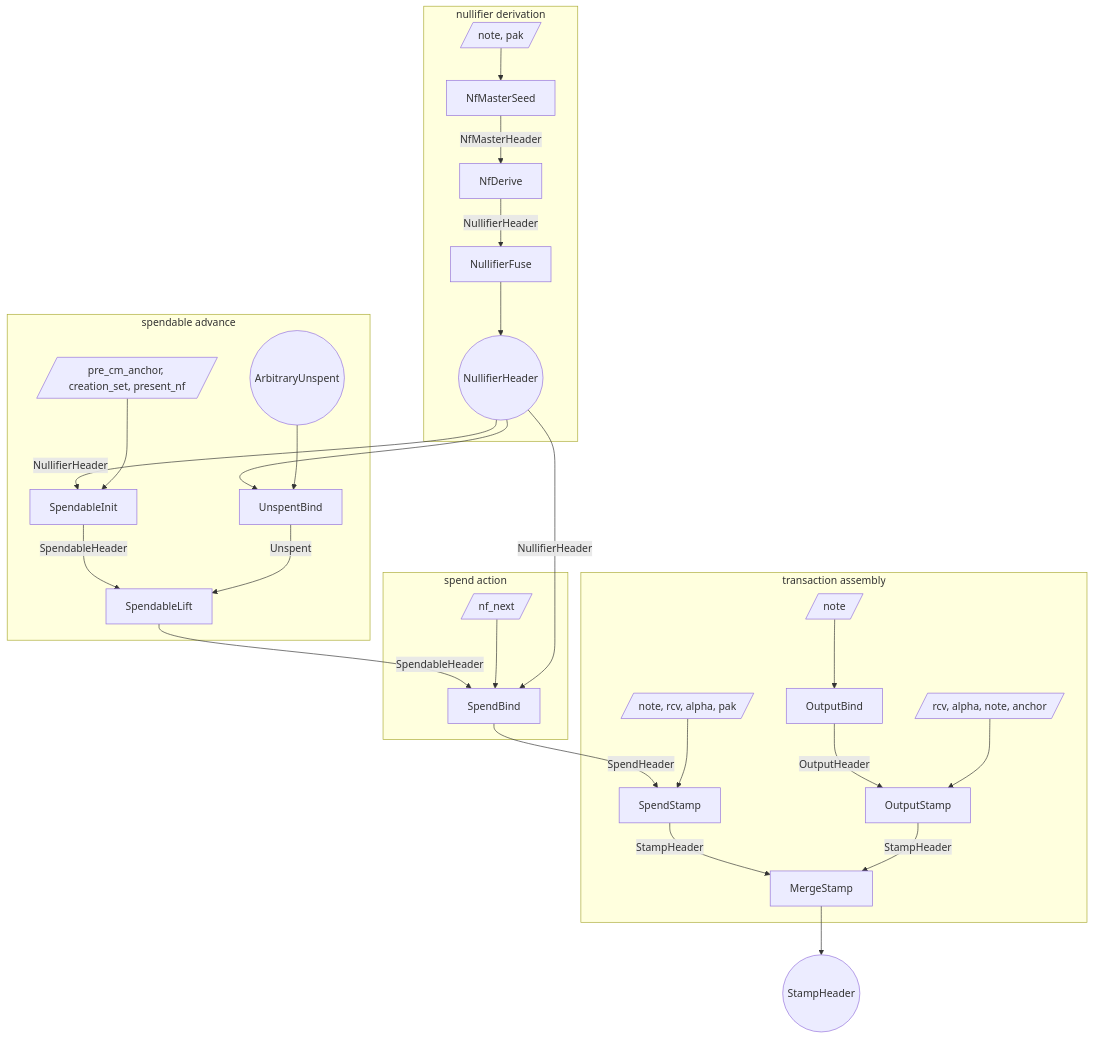
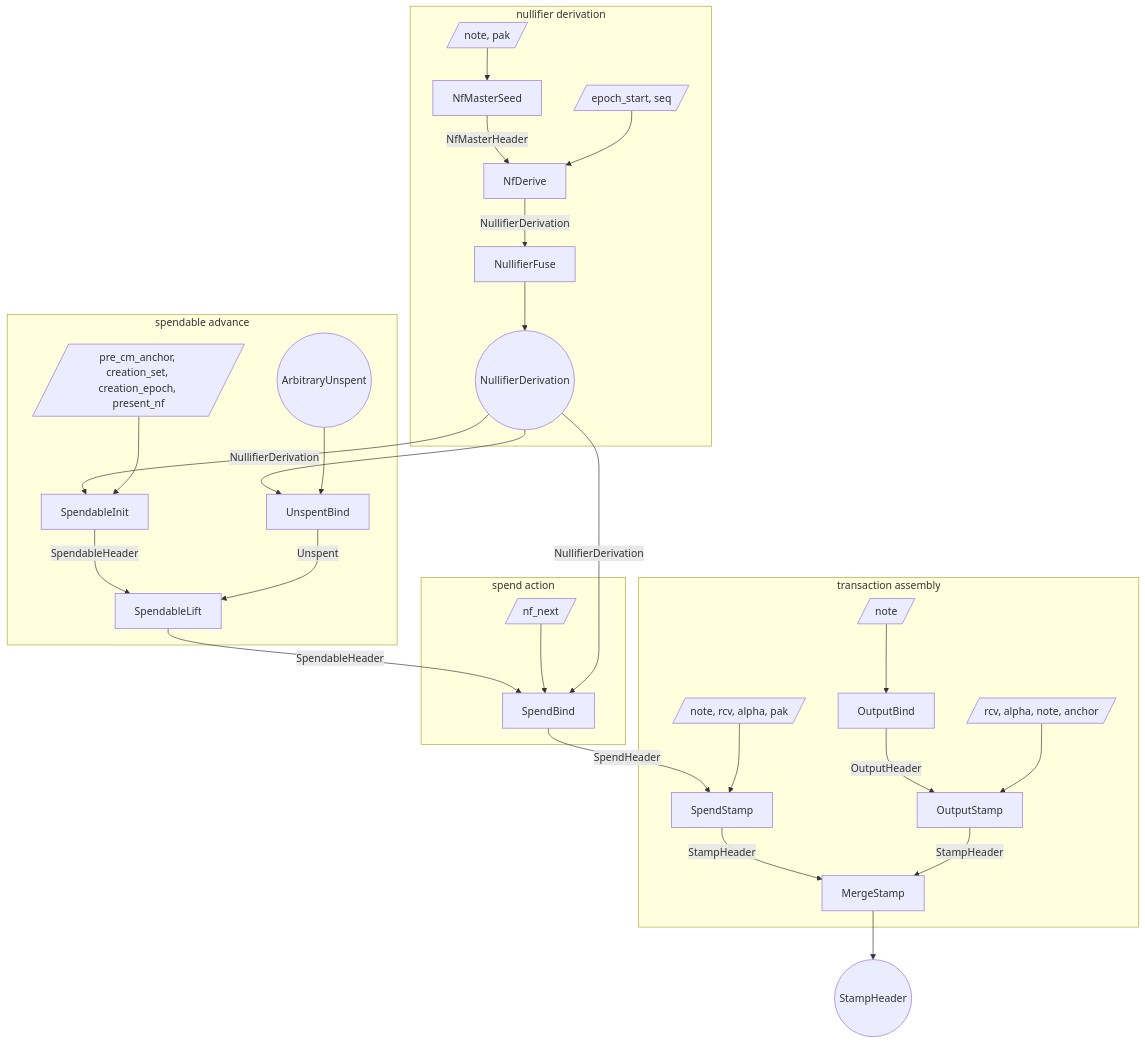
Before and after one commit to alxiong/tachyon: the first of 3 diagrams in book/src/proof-tree.md, drawn with Mermaid. The commit also changed other lines of this file and 30 other files, not shown here.

````diff
--- a/book/src/proof-tree.md
+++ b/book/src/proof-tree.md
@@ -220,60 +220,62 @@
 ```mermaid
 flowchart TB
   subgraph derive [nullifier derivation]
     w_seed[/note, pak/]
     s_seed[NfMasterSeed]
-    s_derive[NfDerive]
+    w_window[/epoch_start, seq/]
+    s_window[NfDerive]
     s_dfuse[NullifierFuse]
-    nf_range((NullifierHeader))
+    nf_range((NullifierDerivation))
   end
 
   subgraph spendable [spendable advance]
-    w_init[/pre_cm_anchor, creation_set, present_nf/]
+    w_init[/pre_cm_anchor, creation_set, creation_epoch, present_nf/]
     s_init[SpendableInit]
     unspent_in((ArbitraryUnspent))
     s_unspentbind[UnspentBind]
     s_lift[SpendableLift]
   end
 
   subgraph spend_action [spend action]
     w_bind[/nf_next/]
     s_bind[SpendBind]
   end
 
   subgraph merge [transaction assembly]
     w_stamp[/note, rcv, alpha, pak/]
     s_spendstamp[SpendStamp]
     w_outbind[/note/]
     s_outbind[OutputBind]
     w_output[/rcv, alpha, note, anchor/]
     s_output[OutputStamp]
     s_merge[MergeStamp]
   end
 
   stamp_out((StampHeader))
 
   w_seed --> s_seed
-  s_seed -->|NfMasterHeader| s_derive
-  s_derive -->|NullifierHeader| s_dfuse
+  s_seed -->|NfMasterHeader| s_window
+  w_window --> s_window
+  s_window -->|NullifierDerivation| s_dfuse
   s_dfuse --> nf_range
 
-  nf_range -->|NullifierHeader| s_init
+  nf_range -->|NullifierDerivation| s_init
   w_init --> s_init
   nf_range --> s_unspentbind
   unspent_in --> s_unspentbind
   s_init -->|SpendableHeader| s_lift
   s_unspentbind -->|Unspent| s_lift
   s_lift -->|SpendableHeader| s_bind
 
   w_bind --> s_bind
-  nf_range -->|NullifierHeader| s_bind
+  nf_range -->|NullifierDerivation| s_bind
   s_bind -->|SpendHeader| s_spendstamp
   w_stamp --> s_spendstamp
 
   w_outbind --> s_outbind
   s_outbind -->|OutputHeader| s_output
   w_output --> s_output
   s_spendstamp -->|StampHeader| s_merge
   s_output -->|StampHeader| s_merge
   s_merge --> stamp_out
 ```
````
